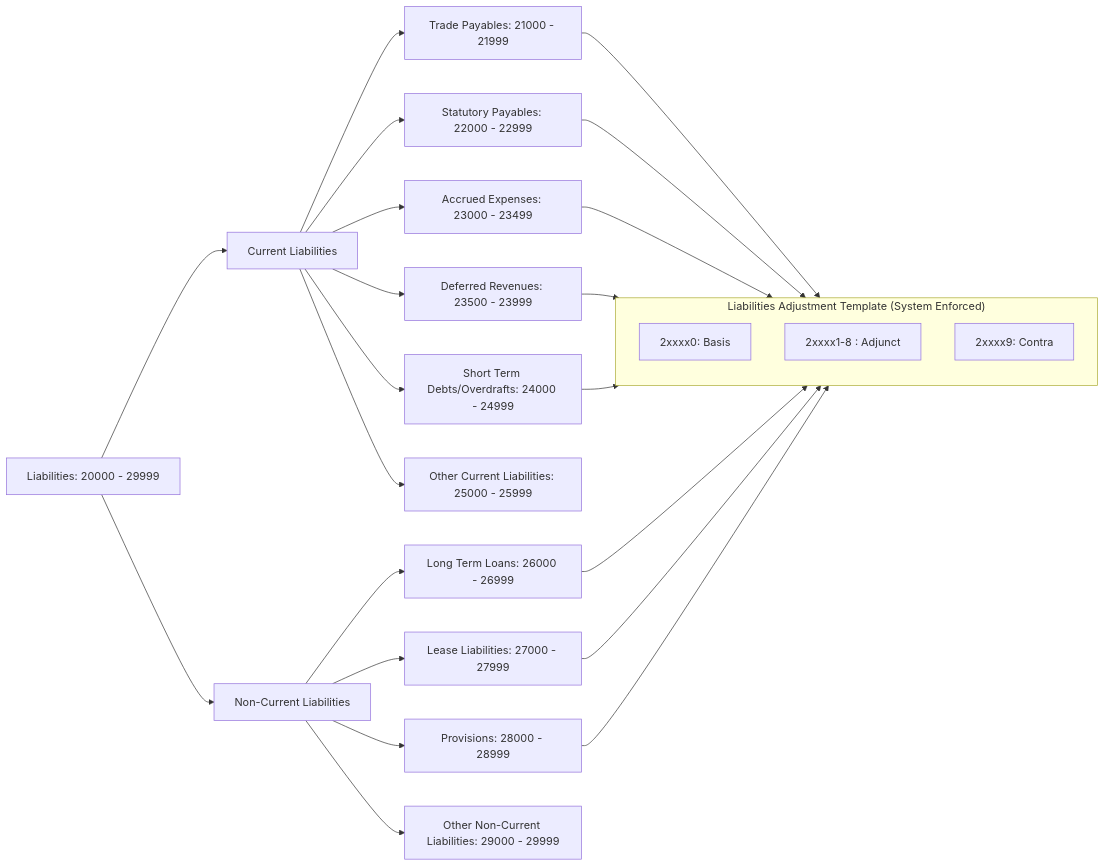
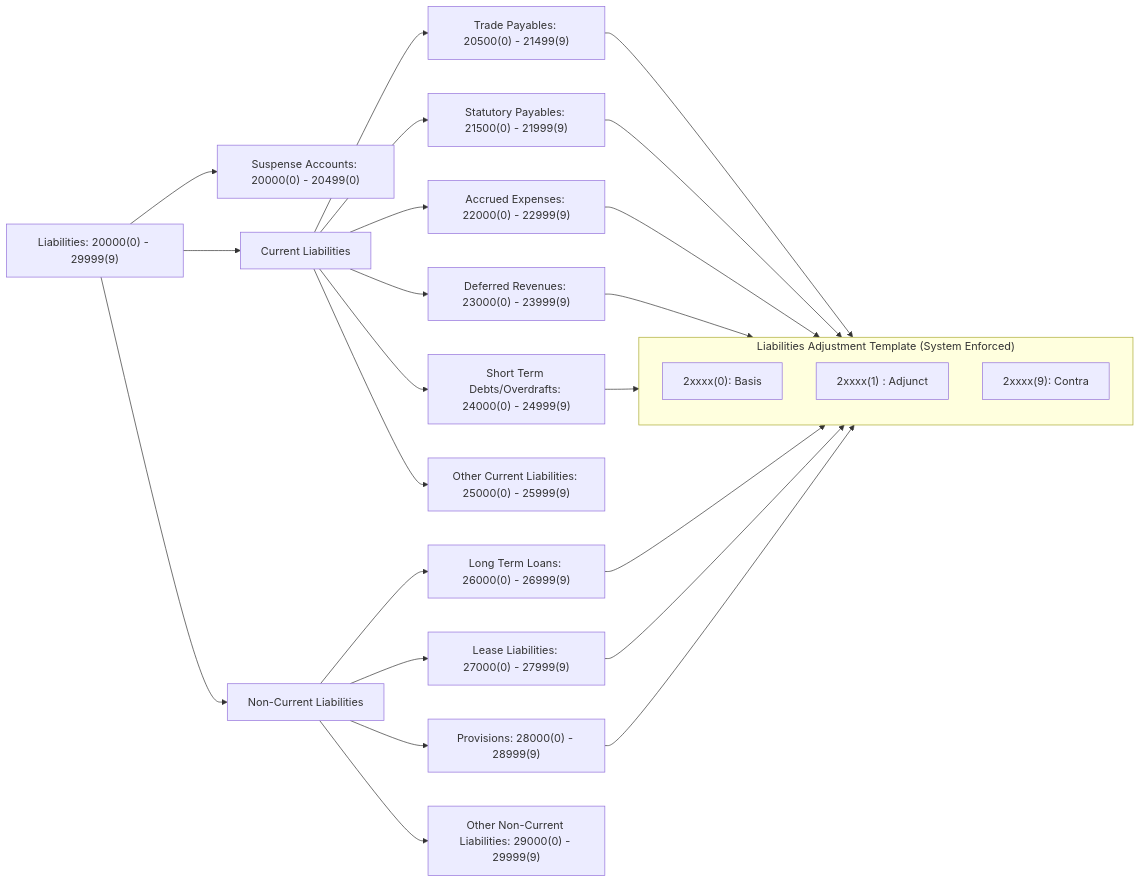
Before and after one commit to oosahon/ledgernova-core: the diagram in src/domain/accounting/__doc__/assets/coa-liabilities.mermaid, drawn with Mermaid. The commit also changed 10 other files, not shown here.

```diff
--- a/src/domain/accounting/__doc__/assets/coa-liabilities.mermaid
+++ b/src/domain/accounting/__doc__/assets/coa-liabilities.mermaid
@@ -1,27 +1,28 @@
 flowchart LR
     %% Power users (and accounts bootstraper for non-power users) will decide whether or not to apply contra templates to "Other*" liabilities
     subgraph AdjustmentTemplate["Liabilities Adjustment Template (System Enforced)"]
-        Basis["2xxxx0: Basis"]
-        Adjunct["2xxxx1-8 : Adjunct"]
-        Contra["2xxxx9: Contra"]
+        Basis["2xxxx(0): Basis"]
+        Adjunct["2xxxx(1) : Adjunct"]
+        Contra["2xxxx(9): Contra"]
     end
-    Liabilities["Liabilities: 20000 - 29999"]
+    Liabilities["Liabilities: 20000(0) - 29999(9)"]
 
+    SuspenseAccounts["Suspense Accounts: 20000(0) - 20499(0)"]
     CLiabilities["Current Liabilities"]
-        TradePayables["Trade Payables: 21000 - 21999"] --> AdjustmentTemplate
-        StatutoryPayables["Statutory Payables: 22000 - 22999"] --> AdjustmentTemplate
-        Accruals["Accrued Expenses: 23000 - 23499"] --> AdjustmentTemplate
-        DeferredRevenues["Deferred Revenues: 23500 - 23999"] --> AdjustmentTemplate
-        ShortTermDebts["Short Term Debts/Overdrafts: 24000 - 24999"] --> AdjustmentTemplate
-        OtherCurrentLiabilities["Other Current Liabilities: 25000 - 25999"]
+        TradePayables["Trade Payables: 20500(0) - 21499(9)"] --> AdjustmentTemplate
+        StatutoryPayables["Statutory Payables: 21500(0) - 21999(9)"] --> AdjustmentTemplate
+        Accruals["Accrued Expenses: 22000(0) - 22999(9)"] --> AdjustmentTemplate
+        DeferredRevenues["Deferred Revenues: 23000(0) - 23999(9)"] --> AdjustmentTemplate
+        ShortTermDebts["Short Term Debts/Overdrafts: 24000(0) - 24999(9)"] --> AdjustmentTemplate
+        OtherCurrentLiabilities["Other Current Liabilities: 25000(0) - 25999(9)"]
 
     NCLiabilities["Non-Current Liabilities"]
-        LongTermLoan["Long Term Loans: 26000 - 26999"] --> AdjustmentTemplate
-        LeaseLiabilities["Lease Liabilities: 27000 - 27999"] --> AdjustmentTemplate
-        Provisions["Provisions: 28000 - 28999"] --> AdjustmentTemplate
-        OtherNCL["Other Non-Current Liabilities: 29000 - 29999"]
+        LongTermLoan["Long Term Loans: 26000(0) - 26999(9)"] --> AdjustmentTemplate
+        LeaseLiabilities["Lease Liabilities: 27000(0) - 27999(9)"] --> AdjustmentTemplate
+        Provisions["Provisions: 28000(0) - 28999(9)"] --> AdjustmentTemplate
+        OtherNCL["Other Non-Current Liabilities: 29000(0) - 29999(9)"]
 
-    Liabilities --> CLiabilities & NCLiabilities
+    Liabilities --> CLiabilities & NCLiabilities & SuspenseAccounts
 
     CLiabilities --> TradePayables & StatutoryPayables & Accruals & DeferredRevenues & ShortTermDebts & OtherCurrentLiabilities
     NCLiabilities --> LongTermLoan & LeaseLiabilities & Provisions & OtherNCL
```
